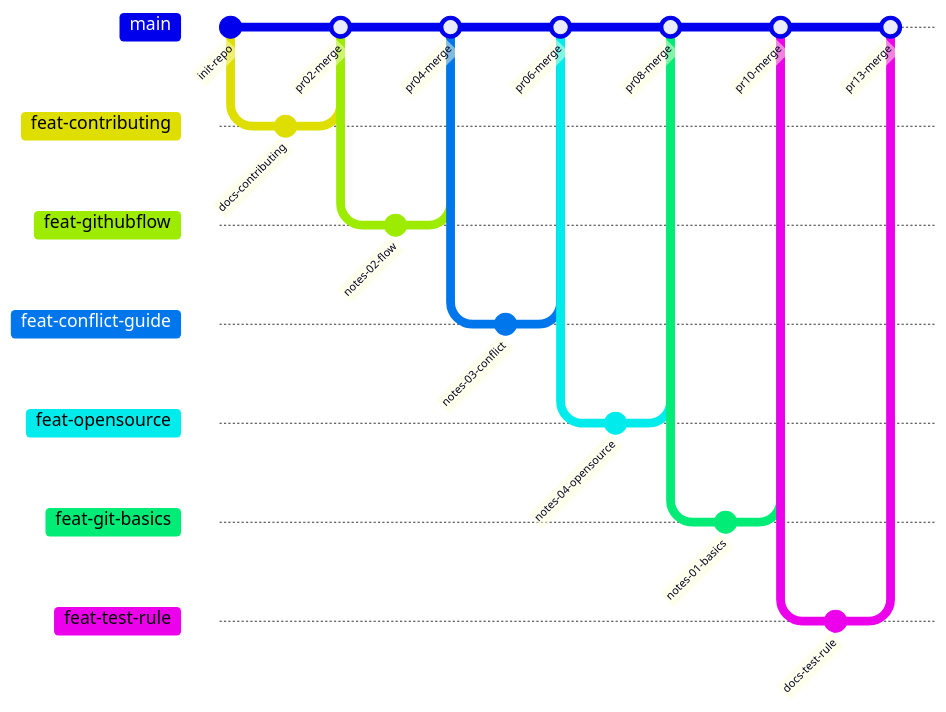
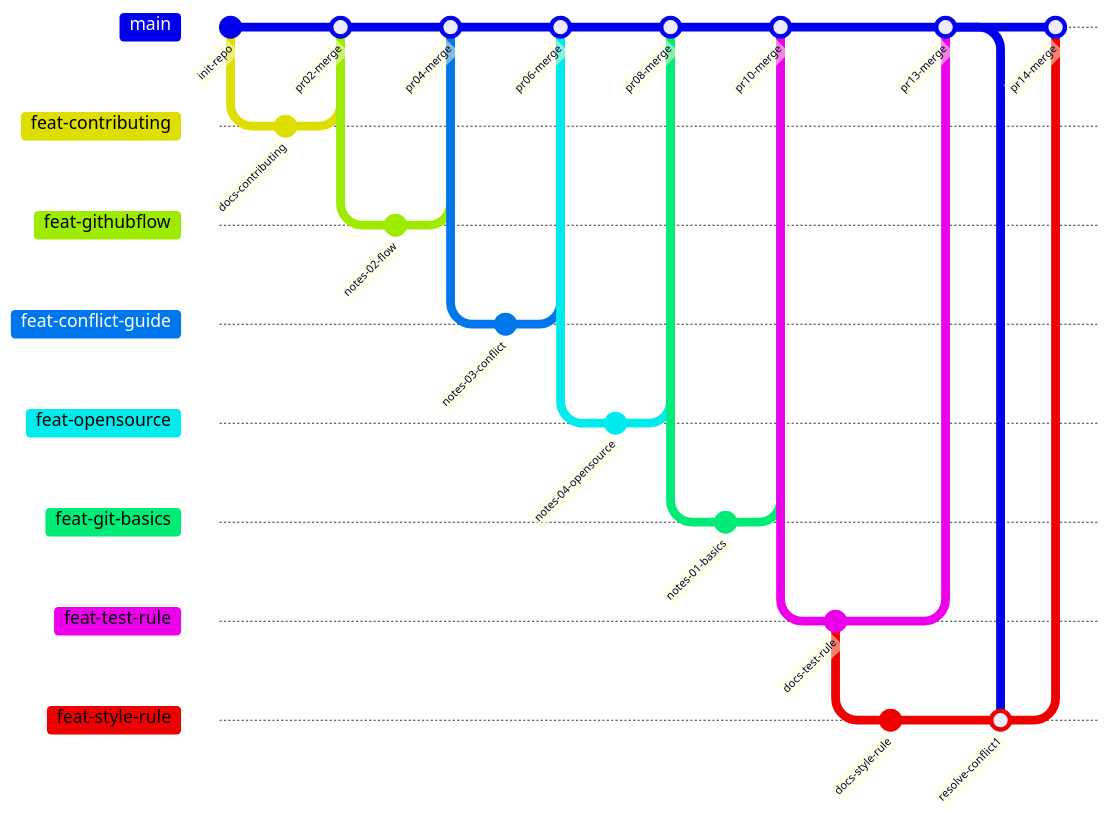
Diagram 19 of 20 in docs/0007_b2-2-teams-git-graphs.md (papawolf42/Codyssey-B2-2-Make-Program-With-Friends), drawn with Mermaid before and after one commit. The commit also changed other lines of this file and 1 other file, not shown here.

Commit message:
docs: Finalize strict 1-to-24 Issue and PR sequence and synchronization in 0011 and 0007

````diff
--- a/docs/0007_b2-2-teams-git-graphs.md
+++ b/docs/0007_b2-2-teams-git-graphs.md
@@ -888,34 +889,41 @@
 ```mermaid
 gitGraph
     commit id: "init-repo"
     branch feat-contributing
     checkout feat-contributing
     commit id: "docs-contributing"
     checkout main
     merge feat-contributing id: "pr02-merge"
     branch feat-githubflow
     checkout feat-githubflow
     commit id: "notes-02-flow"
     checkout main
     merge feat-githubflow id: "pr04-merge"
     branch feat-conflict-guide
     checkout feat-conflict-guide
     commit id: "notes-03-conflict"
     checkout main
     merge feat-conflict-guide id: "pr06-merge"
     branch feat-opensource
     checkout feat-opensource
     commit id: "notes-04-opensource"
     checkout main
     merge feat-opensource id: "pr08-merge"
     branch feat-git-basics
     checkout feat-git-basics
     commit id: "notes-01-basics"
     checkout main
     merge feat-git-basics id: "pr10-merge"
     branch feat-test-rule
     checkout feat-test-rule
     commit id: "docs-test-rule"
+    branch feat-style-rule
+    checkout feat-style-rule
+    commit id: "docs-style-rule"
     checkout main
     merge feat-test-rule id: "pr13-merge"
+    checkout feat-style-rule
+    merge main id: "resolve-conflict1"
+    checkout main
+    merge feat-style-rule id: "pr14-merge"
 ```
````
